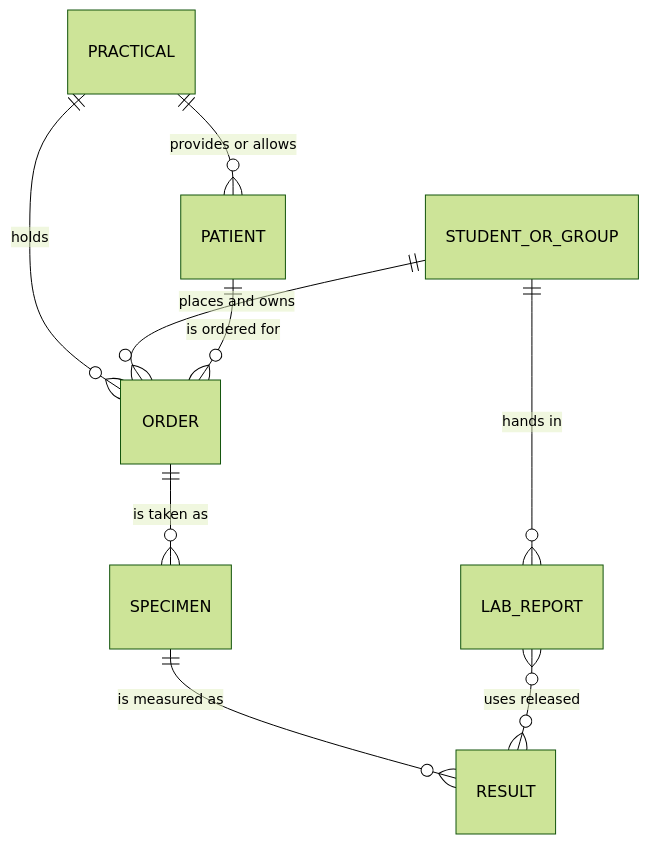
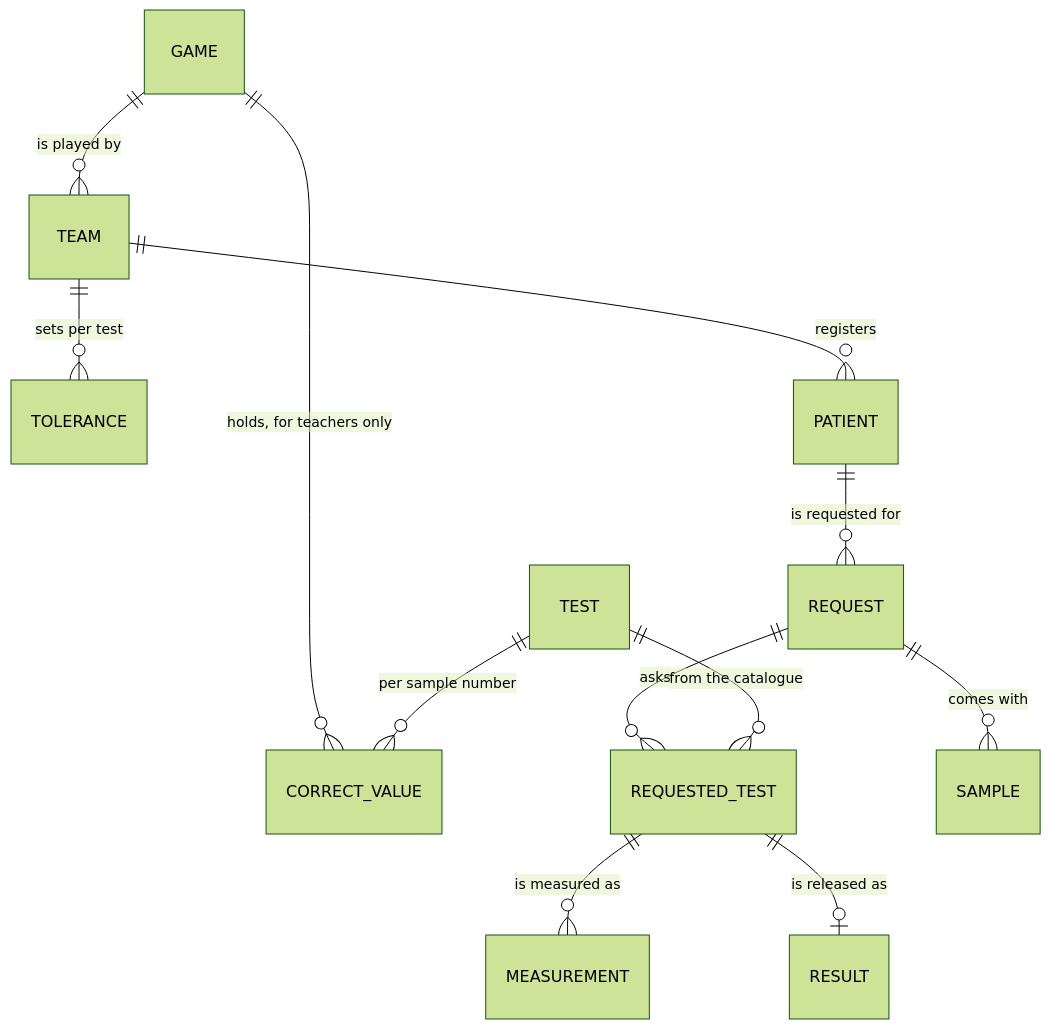
The second of 5 diagrams in docs/lims-workflow.md (Vernum-Projecten/eduLIMS), drawn with Mermaid (forest theme) before and after one commit. The commit also changed other lines of this file and 64 other files, not shown here.

````diff
--- a/docs/lims-workflow.md
+++ b/docs/lims-workflow.md
@@ -54,11 +53,14 @@
 ```mermaid
 erDiagram
-    PRACTICAL ||--o{ PATIENT : "provides or allows"
-    PRACTICAL ||--o{ ORDER : "holds"
-    STUDENT_OR_GROUP ||--o{ ORDER : "places and owns"
-    PATIENT ||--o{ ORDER : "is ordered for"
-    ORDER ||--o{ SPECIMEN : "is taken as"
-    SPECIMEN ||--o{ RESULT : "is measured as"
-    STUDENT_OR_GROUP ||--o{ LAB_REPORT : "hands in"
-    LAB_REPORT }o--o{ RESULT : "uses released"
+    GAME ||--o{ TEAM : "is played by"
+    GAME ||--o{ CORRECT_VALUE : "holds, for teachers only"
+    TEST ||--o{ CORRECT_VALUE : "per sample number"
+    TEAM ||--o{ TOLERANCE : "sets per test"
+    TEAM ||--o{ PATIENT : "registers"
+    PATIENT ||--o{ REQUEST : "is requested for"
+    REQUEST ||--o{ REQUESTED_TEST : "asks"
+    TEST ||--o{ REQUESTED_TEST : "from the catalogue"
+    REQUEST ||--o{ SAMPLE : "comes with"
+    REQUESTED_TEST ||--o{ MEASUREMENT : "is measured as"
+    REQUESTED_TEST ||--o| RESULT : "is released as"
 ```
````
